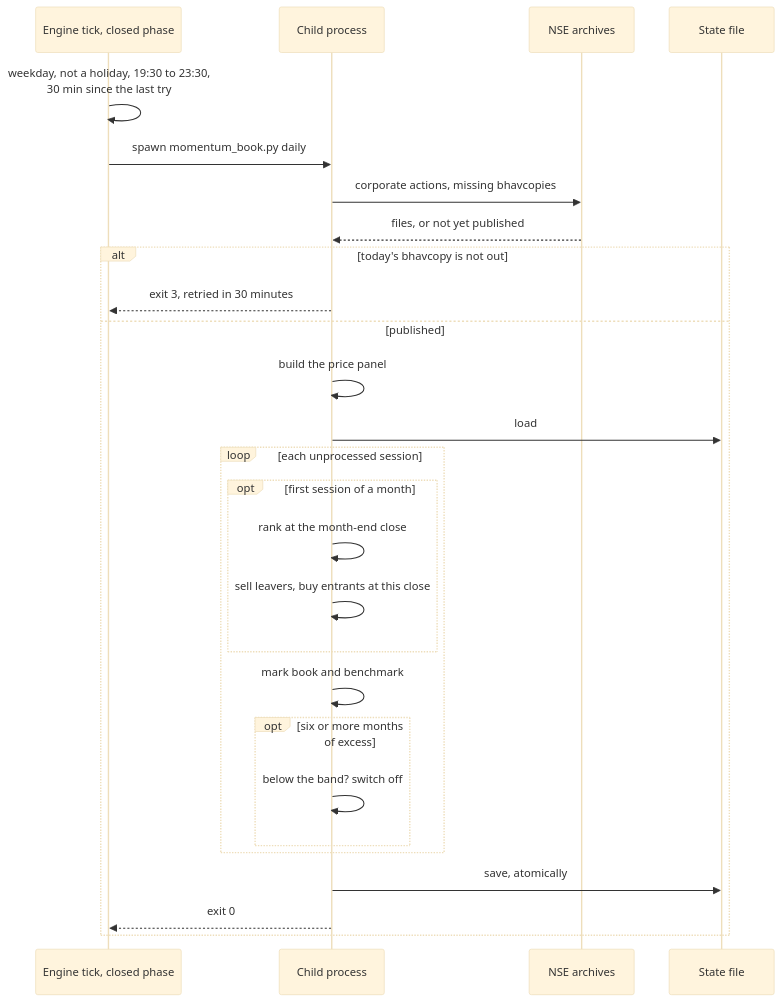
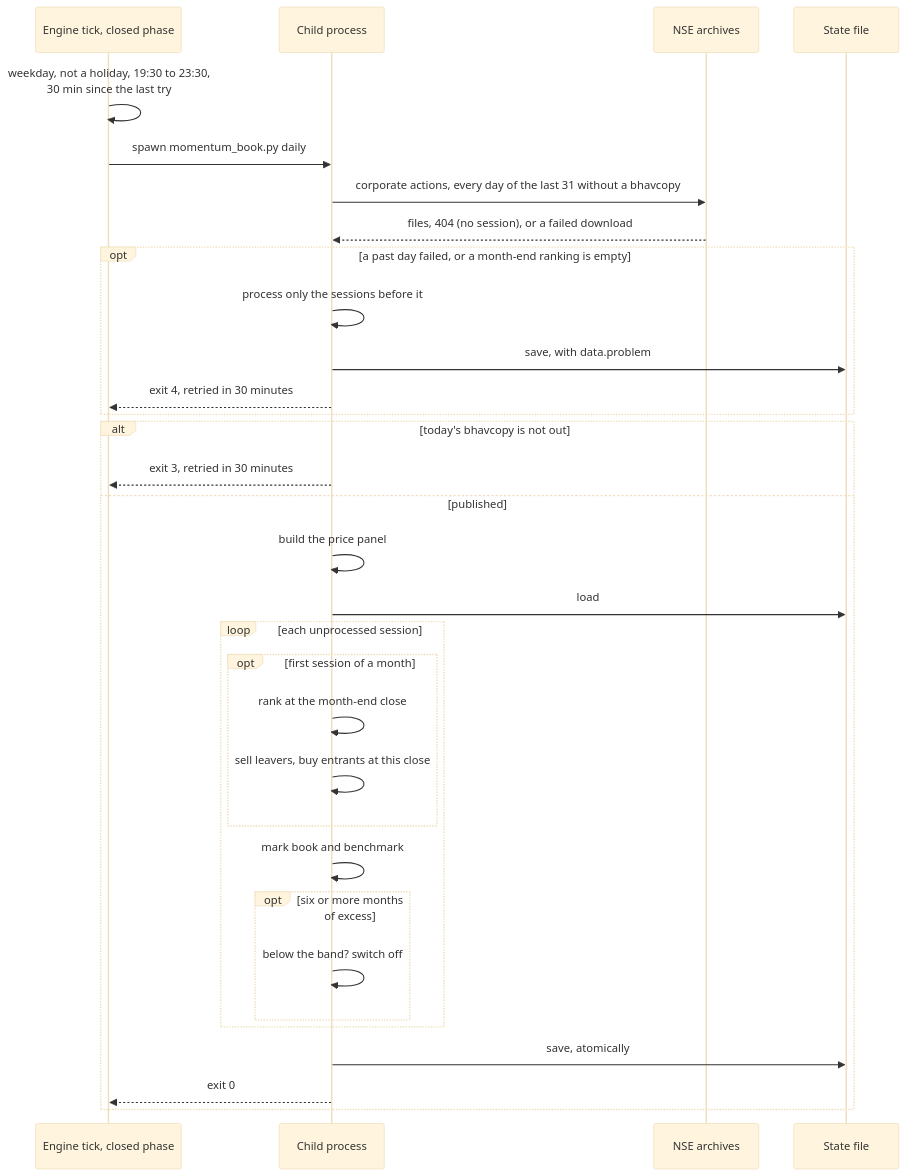
Before and after one commit to harshece16/intraday-trading-agent: the fourth of 7 diagrams in docs/architecture/LLD.md, drawn with Mermaid (base theme). The commit also changed other lines of this file and 14 other files, not shown here.

````diff
--- a/docs/architecture/LLD.md
+++ b/docs/architecture/LLD.md
@@ -587,30 +588,35 @@
 ```mermaid
 sequenceDiagram
     participant E as Engine tick, closed phase
     participant C as Child process
     participant N as NSE archives
     participant F as State file
 
     E->>E: weekday, not a holiday, 19:30 to 23:30,<br/>30 min since the last try
     E->>C: spawn momentum_book.py daily
-    C->>N: corporate actions, missing bhavcopies
-    N-->>C: files, or not yet published
+    C->>N: corporate actions, every day of the last 31 without a bhavcopy
+    N-->>C: files, 404 (no session), or a failed download
+    opt a past day failed, or a month-end ranking is empty
+        C->>C: process only the sessions before it
+        C->>F: save, with data.problem
+        C-->>E: exit 4, retried in 30 minutes
+    end
     alt today's bhavcopy is not out
         C-->>E: exit 3, retried in 30 minutes
     else published
         C->>C: build the price panel
         C->>F: load
         loop each unprocessed session
             opt first session of a month
                 C->>C: rank at the month-end close
                 C->>C: sell leavers, buy entrants at this close
             end
             C->>C: mark book and benchmark
             opt six or more months of excess
                 C->>C: below the band? switch off
             end
         end
         C->>F: save, atomically
         C-->>E: exit 0
     end
 ```
````
